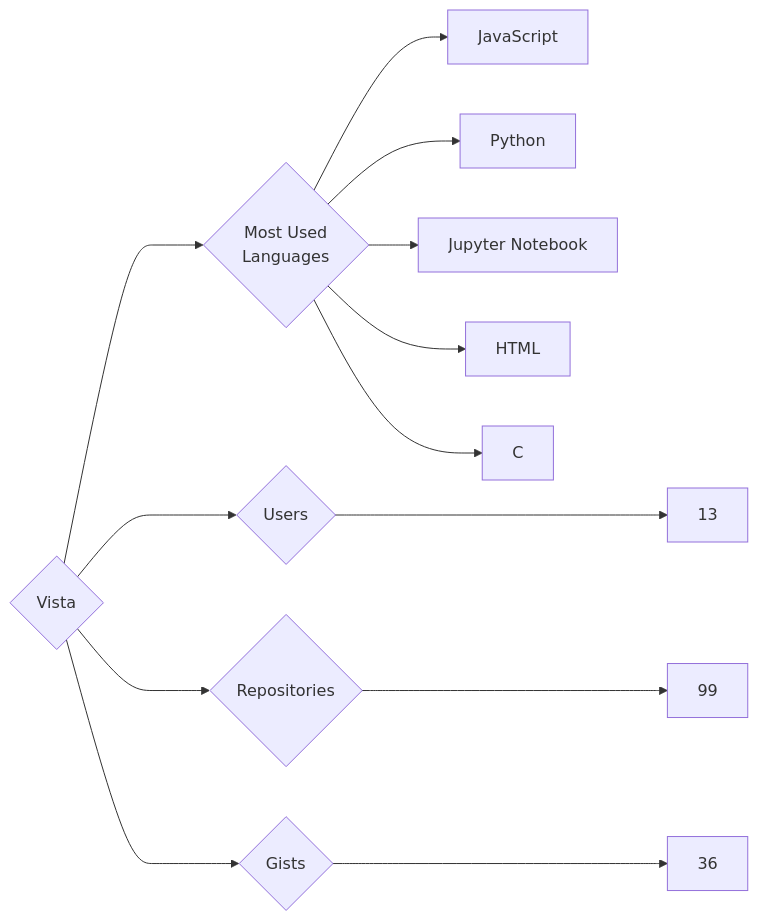
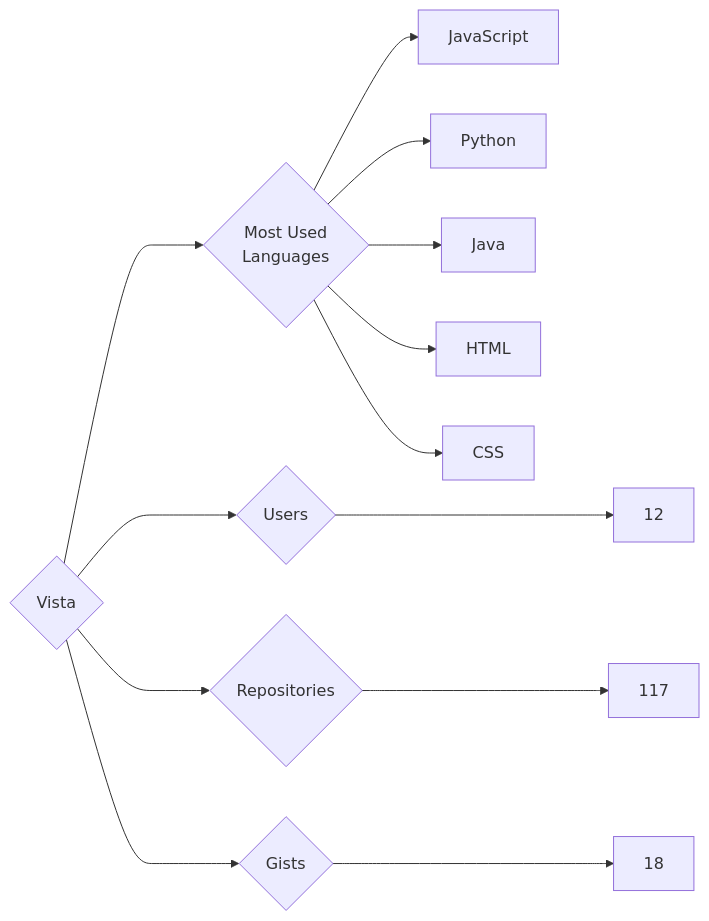
The diagram in targets/Vista/README.md (trickest/insiders), drawn with Mermaid before and after one commit. The commit also changed 878 other files, not shown here.

````diff
--- a/targets/Vista/README.md
+++ b/targets/Vista/README.md
@@ -3,13 +3,13 @@
 ```mermaid
 graph LR
 COMPANY_NAME{Vista}
-COMPANY_NAME ---> U{Users} ---> UN[13]
-COMPANY_NAME ---> R{Repositories} ---> RN[99]
-COMPANY_NAME ---> G{Gists} ---> GN[36]
+COMPANY_NAME ---> U{Users} ---> UN[12]
+COMPANY_NAME ---> R{Repositories} ---> RN[117]
+COMPANY_NAME ---> G{Gists} ---> GN[18]
 COMPANY_NAME ---> ML{Most Used<br>Languages}
 ML --> JavaScript[JavaScript]
 ML --> Python[Python]
-ML --> Jupyter_Notebook[Jupyter Notebook]
+ML --> Java[Java]
 ML --> HTML[HTML]
-ML --> C[C]
+ML --> CSS[CSS]
 ```
````
